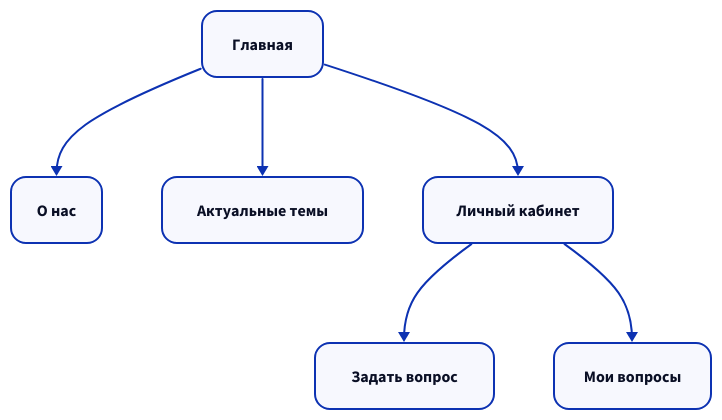
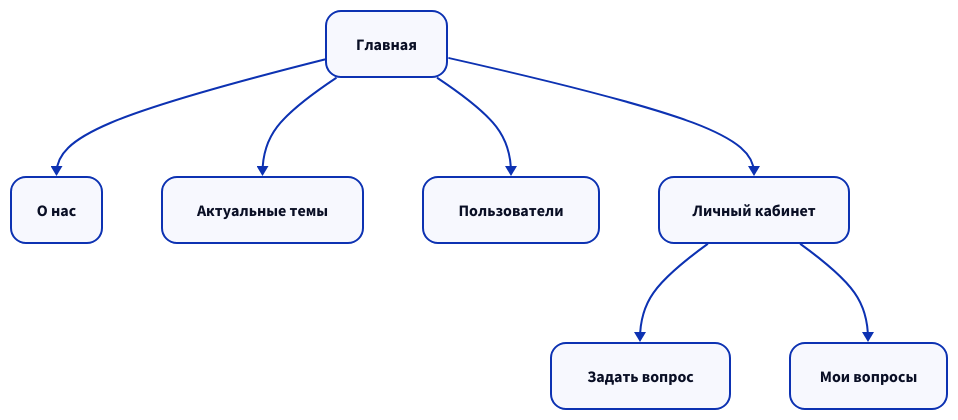
The diagram in kp/sitemap.d2 (cofeek-codes/year3half2), drawn with D2 before and after one commit. The commit also changed other lines of this file and 2 other files, not shown here.

```diff
--- a/kp/sitemap.d2
+++ b/kp/sitemap.d2
@@ -1,7 +1,8 @@
 *.style.border-radius: 15
 
 Главная -> О нас
 Главная -> Актуальные темы
+Главная -> Пользователи
 Главная -> Личный кабинет
 Личный кабинет -> Задать вопрос
 Личный кабинет -> Мои вопросы
```
